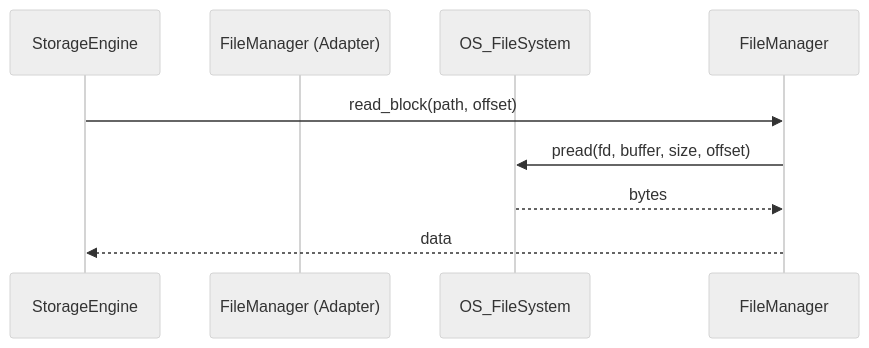
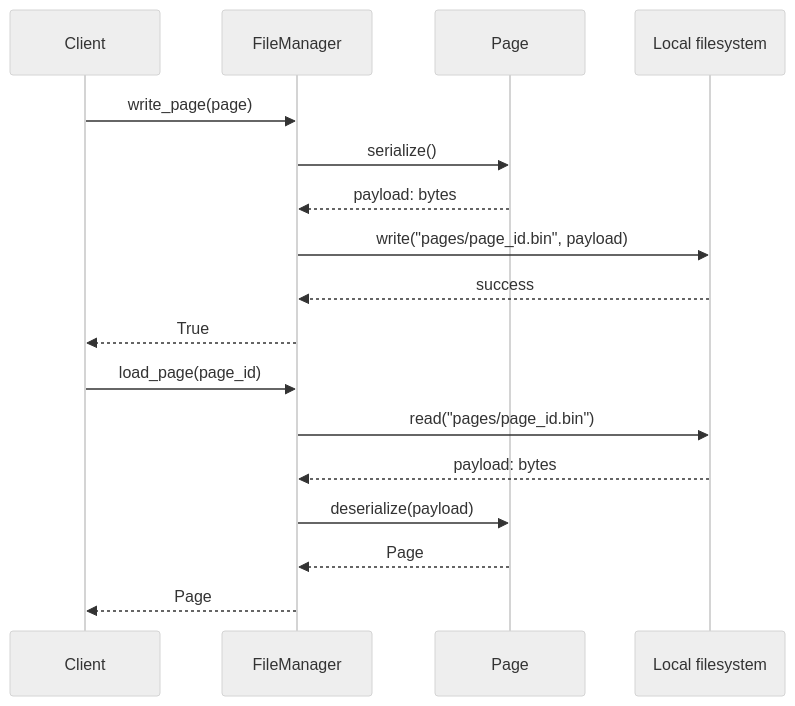
Before and after one commit to taitran501/DBMS: diagram 11 of 21 in README.md, drawn with Mermaid (neutral theme). The commit also changed other lines of this file and 2 other files, not shown here.

Commit message:
docs(storage_engine): add Adapter Pattern class and sequence diagrams

````diff
--- a/README.md
+++ b/README.md
@@ -1069,11 +1071,21 @@
 ```mermaid
 sequenceDiagram
-    participant StorageEngine
-    participant FileManager (Adapter)
-    participant OS_FileSystem
+    participant Client
+    participant FileManager
+    participant Page
+    participant FileSystem as Local filesystem
 
-    StorageEngine->>FileManager: read_block(path, offset)
-    FileManager->>OS_FileSystem: pread(fd, buffer, size, offset)
-    OS_FileSystem-->>FileManager: bytes
-    FileManager-->>StorageEngine: data
+    Client->>FileManager: write_page(page)
+    FileManager->>Page: serialize()
+    Page-->>FileManager: payload: bytes
+    FileManager->>FileSystem: write("pages/page_id.bin", payload)
+    FileSystem-->>FileManager: success
+    FileManager-->>Client: True
+
+    Client->>FileManager: load_page(page_id)
+    FileManager->>FileSystem: read("pages/page_id.bin")
+    FileSystem-->>FileManager: payload: bytes
+    FileManager->>Page: deserialize(payload)
+    Page-->>FileManager: Page
+    FileManager-->>Client: Page
 ```
````
